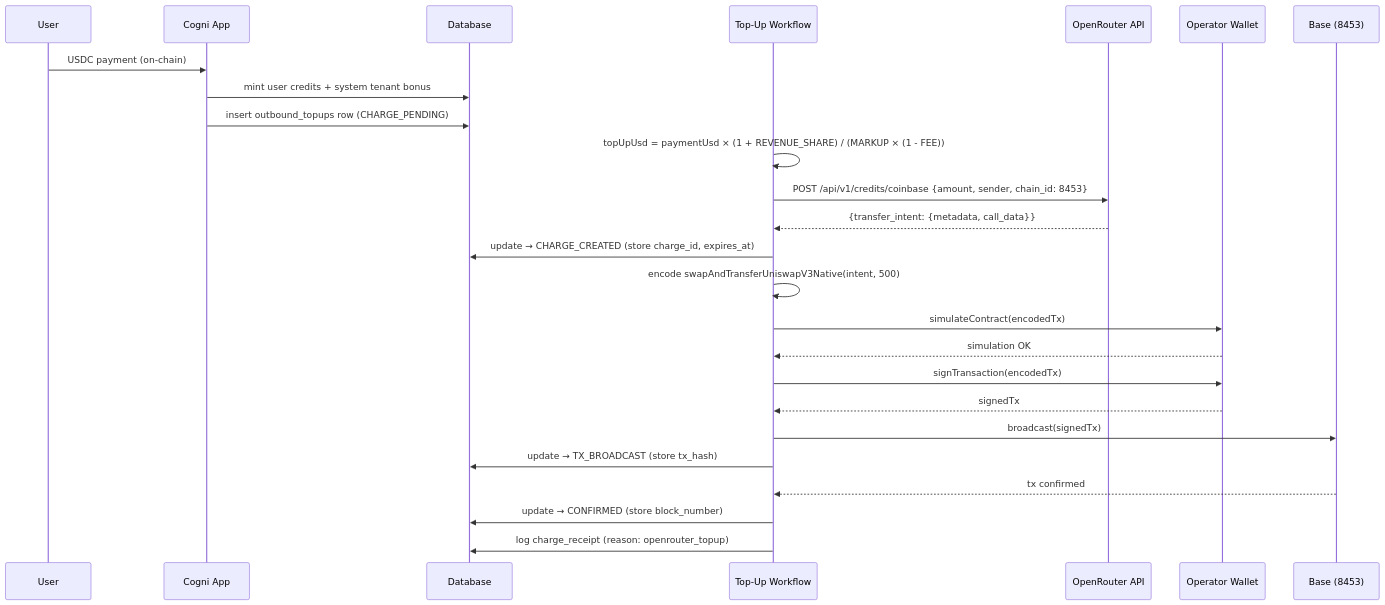
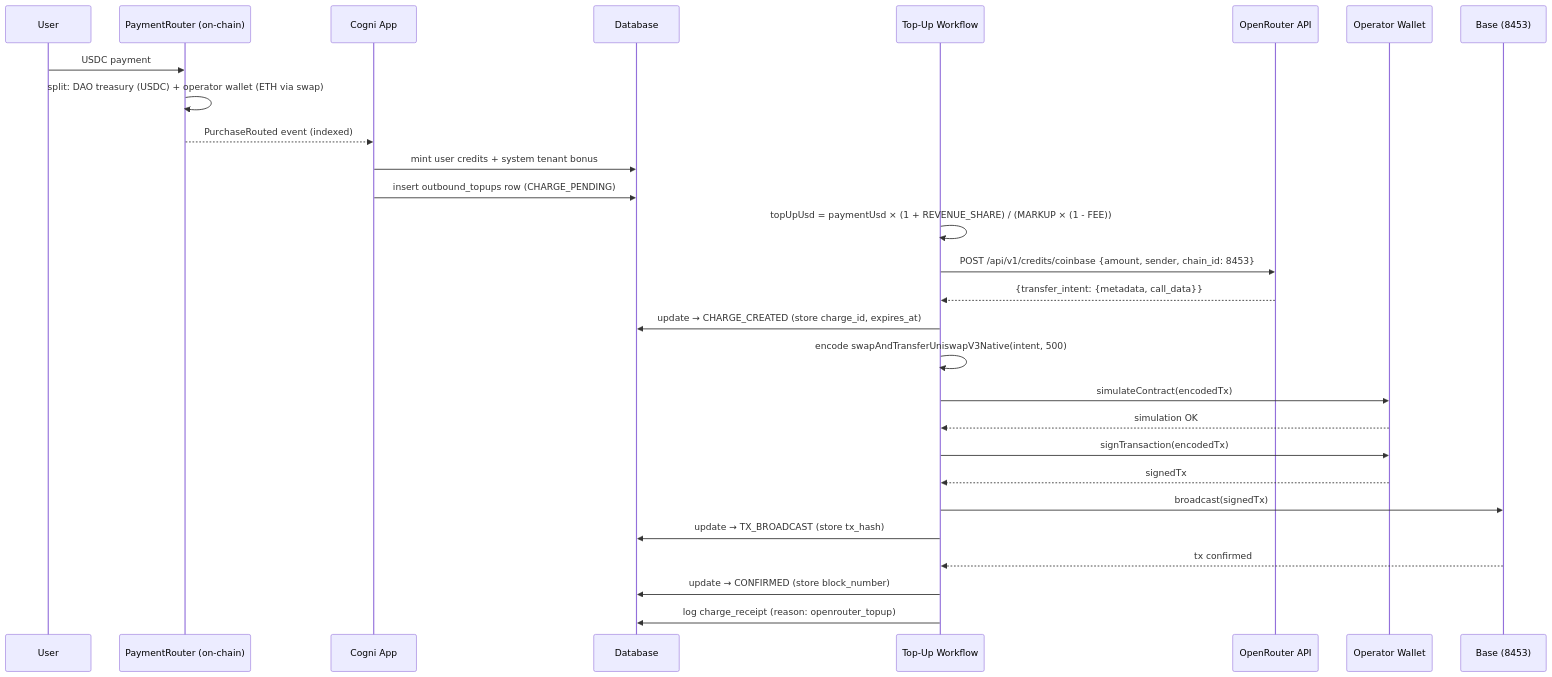
The diagram in docs/spec/web3-openrouter-payments.md (Cogni-DAO/node-template), drawn with Mermaid before and after one commit. The commit also changed 1 other file, not shown here.

Commit message:
docs: simplify operator wallet project + add PaymentRouter architecture
Rewrites proj.ai-operator-wallet with PaymentRouter contract that
atomically splits user payments between DAO treasury and operator
wallet — no DAO votes per purchase. 6 atomic PRs decomposition:
toolchain → router v1 → swap → deploy → app switch → top-up.

Updates web3-openrouter-payments spec sequence diagram to show
PaymentRouter as the on-chain entry point instead of direct USDC
transfer to app.

````diff
--- a/docs/spec/web3-openrouter-payments.md
+++ b/docs/spec/web3-openrouter-payments.md
@@ -68,31 +68,35 @@
 ```mermaid
 sequenceDiagram
     participant User
+    participant Router as PaymentRouter (on-chain)
     participant App as Cogni App
     participant DB as Database
     participant Workflow as Top-Up Workflow
     participant OR as OpenRouter API
     participant Wallet as Operator Wallet
     participant Chain as Base (8453)
 
-    User->>App: USDC payment (on-chain)
+    User->>Router: USDC payment
+    Router->>Router: split: DAO treasury (USDC) + operator wallet (ETH via swap)
+    Router-->>App: PurchaseRouted event (indexed)
+
     App->>DB: mint user credits + system tenant bonus
     App->>DB: insert outbound_topups row (CHARGE_PENDING)
 
     Workflow->>Workflow: topUpUsd = paymentUsd × (1 + REVENUE_SHARE) / (MARKUP × (1 - FEE))
     Workflow->>OR: POST /api/v1/credits/coinbase {amount, sender, chain_id: 8453}
     OR-->>Workflow: {transfer_intent: {metadata, call_data}}
     Workflow->>DB: update → CHARGE_CREATED (store charge_id, expires_at)
 
     Workflow->>Workflow: encode swapAndTransferUniswapV3Native(intent, 500)
     Workflow->>Wallet: simulateContract(encodedTx)
     Wallet-->>Workflow: simulation OK
     Workflow->>Wallet: signTransaction(encodedTx)
     Wallet-->>Workflow: signedTx
     Workflow->>Chain: broadcast(signedTx)
     Workflow->>DB: update → TX_BROADCAST (store tx_hash)
 
     Chain-->>Workflow: tx confirmed
     Workflow->>DB: update → CONFIRMED (store block_number)
     Workflow->>DB: log charge_receipt (reason: openrouter_topup)
 ```
````
